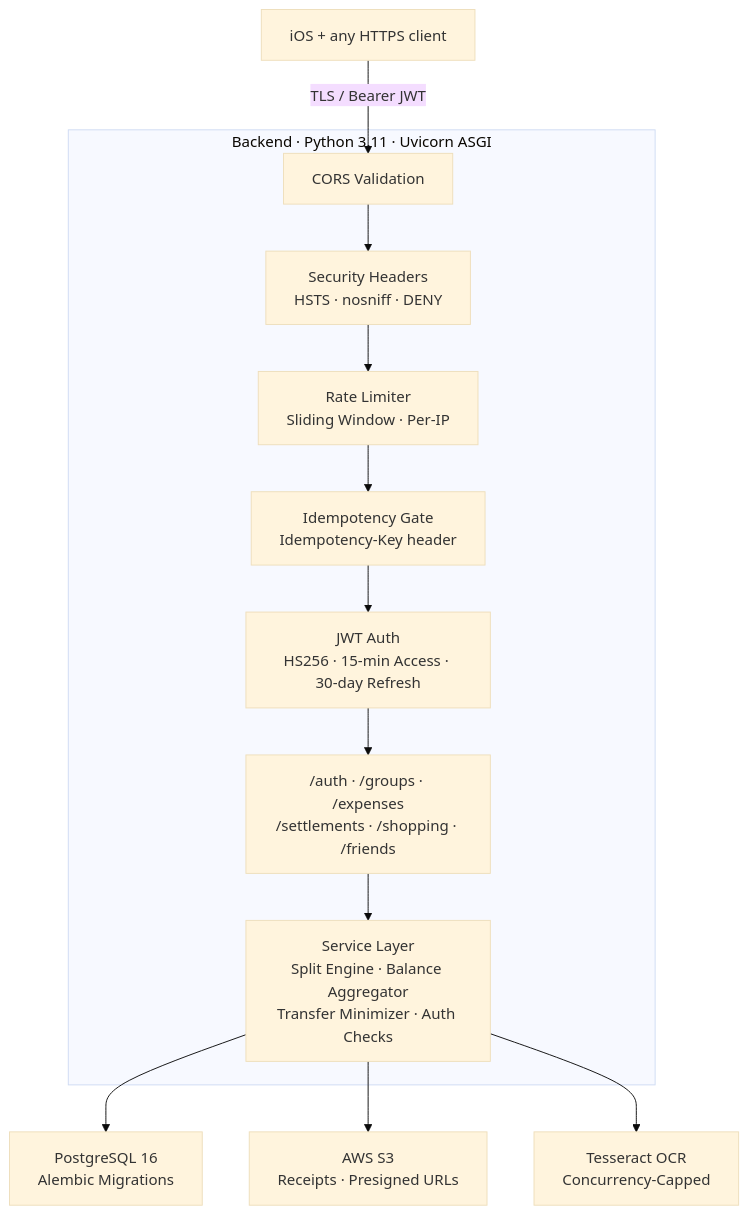
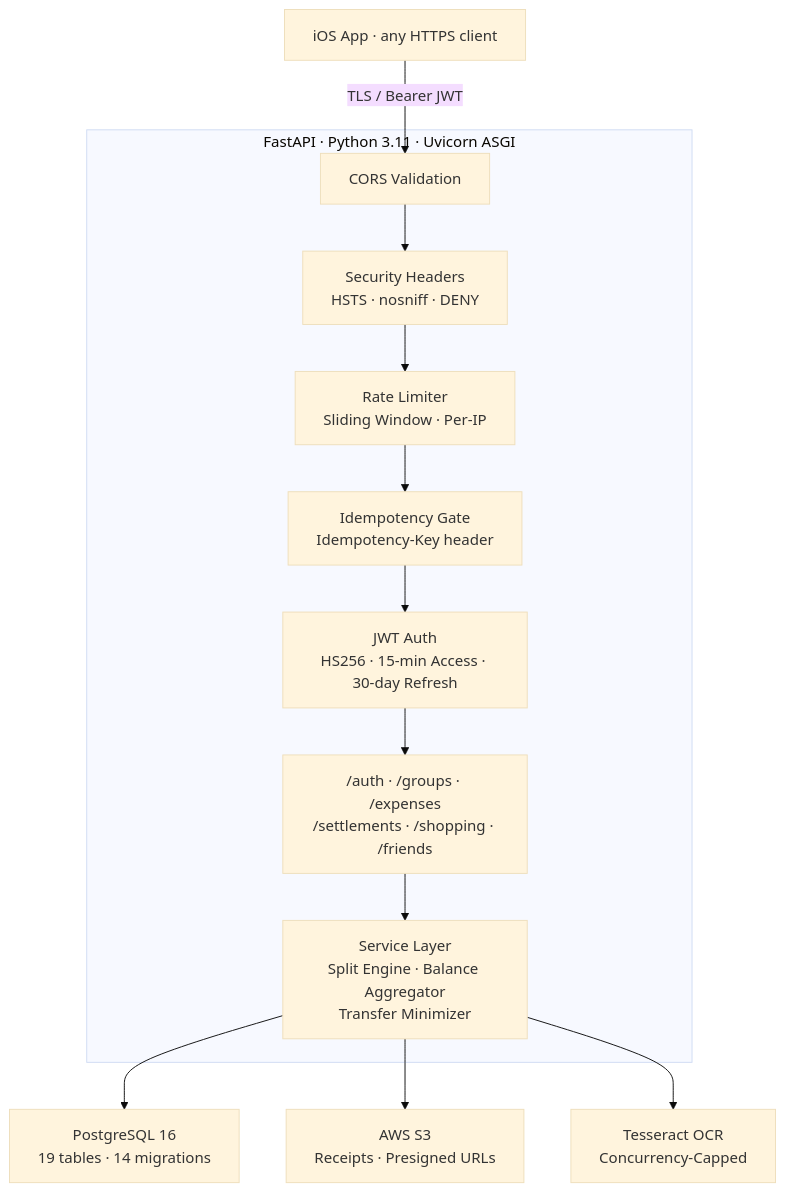
The first of 5 diagrams in README.md (yslim-030622/ClearSplit), drawn with Mermaid (base theme) before and after one commit. The commit also changed other lines of this file and 18 other files, not shown here.

````diff
--- a/README.md
+++ b/README.md
@@ -48,18 +33,18 @@
 ```mermaid
 flowchart TD
-    Client["iOS + any HTTPS client"] -- "TLS / Bearer JWT" --> CORS
+    Client["iOS App · any HTTPS client"] -- "TLS / Bearer JWT" --> CORS
 
-    subgraph Backend["Backend · Python 3.11 · Uvicorn ASGI"]
+    subgraph Backend["FastAPI · Python 3.11 · Uvicorn ASGI"]
         CORS["CORS Validation"]
         CORS --> SecH["Security Headers<br/>HSTS · nosniff · DENY"]
         SecH --> RL["Rate Limiter<br/>Sliding Window · Per-IP"]
         RL --> IK["Idempotency Gate<br/>Idempotency-Key header"]
         IK --> JWT["JWT Auth<br/>HS256 · 15-min Access · 30-day Refresh"]
         JWT --> Routers["/auth · /groups · /expenses<br/>/settlements · /shopping · /friends"]
-        Routers --> SVC["Service Layer<br/>Split Engine · Balance Aggregator<br/>Transfer Minimizer · Auth Checks"]
+        Routers --> SVC["Service Layer<br/>Split Engine · Balance Aggregator<br/>Transfer Minimizer"]
     end
 
-    SVC --> PG["PostgreSQL 16<br/>Alembic Migrations"]
+    SVC --> PG["PostgreSQL 16<br/>19 tables · 14 migrations"]
     SVC --> S3["AWS S3<br/>Receipts · Presigned URLs"]
     SVC --> OCR["Tesseract OCR<br/>Concurrency-Capped"]
 ```
````
